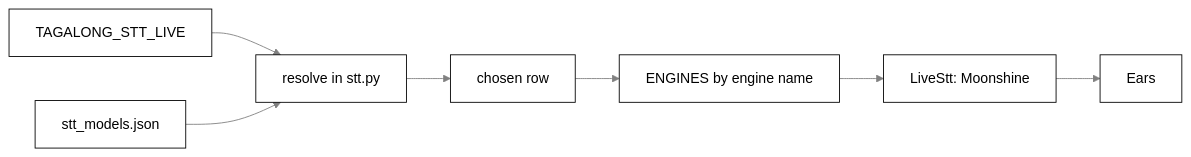
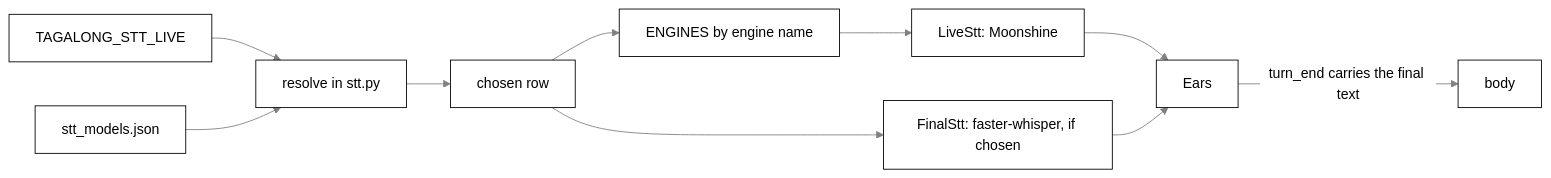
The sixth of 6 diagrams in docs/voice.md (nadeem4/tagalong), drawn with Mermaid before and after one commit. The commit also changed other lines of this file and 18 other files, not shown here.

````diff
--- a/docs/voice.md
+++ b/docs/voice.md
@@ -601,10 +616,13 @@
 ```mermaid
 %%{init: {"theme": "base", "themeVariables": {"primaryColor": "#ffffff", "primaryTextColor": "#000000", "primaryBorderColor": "#000000", "lineColor": "#808080", "arrowheadColor": "#808080", "secondaryColor": "#f2f2f2", "tertiaryColor": "#ffffff", "clusterBkg": "#f7f7f7", "clusterBorder": "#808080", "edgeLabelBackground": "#ffffff", "titleColor": "#808080", "actorBkg": "#ffffff", "actorBorder": "#000000", "actorTextColor": "#000000", "actorLineColor": "#808080", "signalColor": "#808080", "signalTextColor": "#808080", "sequenceNumberColor": "#ffffff", "labelBoxBkgColor": "#ffffff", "labelBoxBorderColor": "#808080", "labelTextColor": "#000000", "loopTextColor": "#808080", "noteBkgColor": "#f7f7f7", "noteBorderColor": "#808080", "noteTextColor": "#000000", "activationBkgColor": "#f7f7f7", "activationBorderColor": "#808080", "fontFamily": "Segoe UI, Helvetica, Arial, sans-serif"}}}%%
 flowchart LR
   env[TAGALONG_STT_LIVE] --> resolve[resolve in stt.py]
   list[stt_models.json] --> resolve
   resolve --> row[chosen row]
   row --> engines[ENGINES by engine name]
   engines --> live[LiveStt: Moonshine]
   live --> ears[Ears]
+  row --> final[FinalStt: faster-whisper, if chosen]
+  final --> ears
+  ears -->|turn_end carries the final text| body[body]
 ```
````
